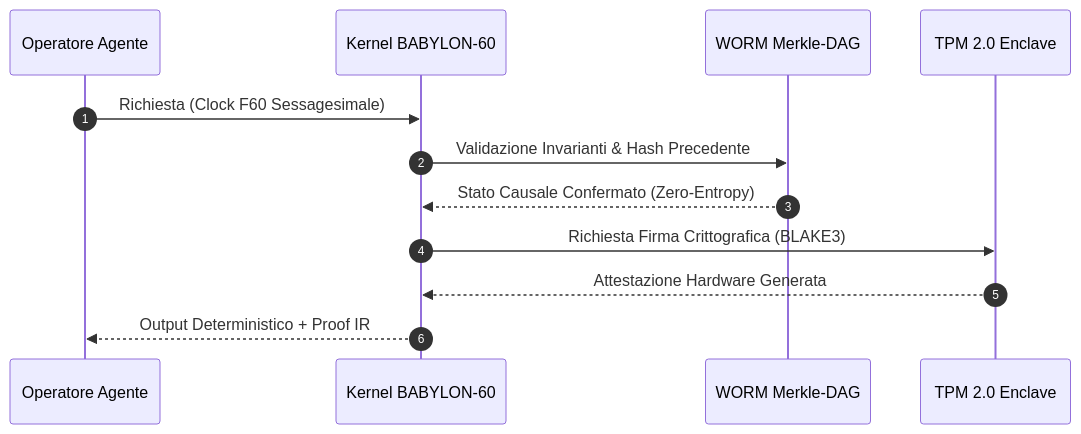
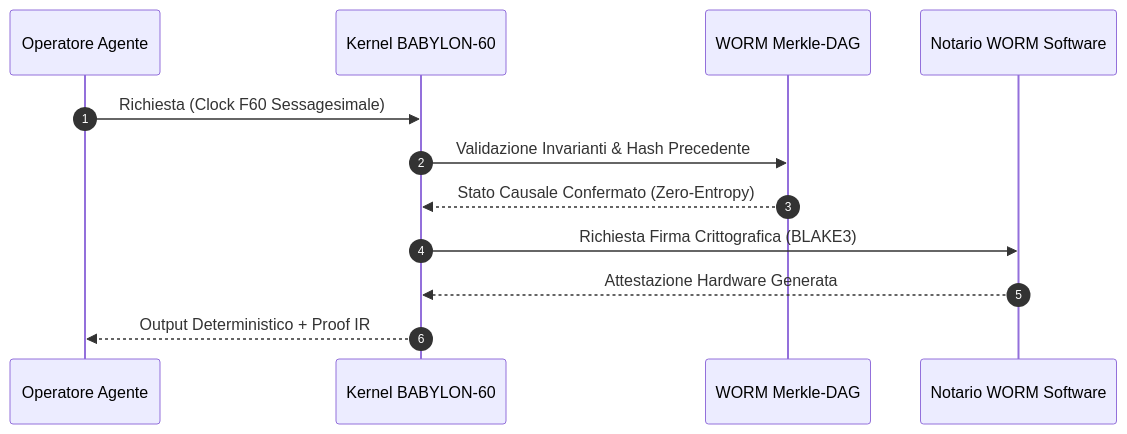
Before and after one commit to borjamoskv/BABYLON-60: the first of 2 diagrams in docs/audits/certificates/COMPLIANCE_CERTIFICATE_IT.md, drawn with Mermaid. The commit also changed other lines of this file and 7 other files, not shown here.

Commit message:
[AX-4] EPISTEMOLOGY: Sincronización topológica — Purga de afirmaciones TPM 2.0 en diagramas, certificados internacionales y whitepapers, alineando todo el ecosistema al WORM de software real

````diff
--- a/docs/audits/certificates/COMPLIANCE_CERTIFICATE_IT.md
+++ b/docs/audits/certificates/COMPLIANCE_CERTIFICATE_IT.md
@@ -34,15 +34,15 @@
 ```mermaid
 sequenceDiagram
     autonumber
     participant OP as Operatore Agente
     participant B60 as Kernel BABYLON-60
     participant DAG as WORM Merkle-DAG
-    participant TPM as TPM 2.0 Enclave
+    participant TPM as Notario WORM Software
     
     OP->>B60: Richiesta (Clock F60 Sessagesimale)
     B60->>DAG: Validazione Invarianti & Hash Precedente
     DAG-->>B60: Stato Causale Confermato (Zero-Entropy)
     B60->>TPM: Richiesta Firma Crittografica (BLAKE3)
     TPM-->>B60: Attestazione Hardware Generata
     B60-->>OP: Output Deterministico + Proof IR
 ```
````
